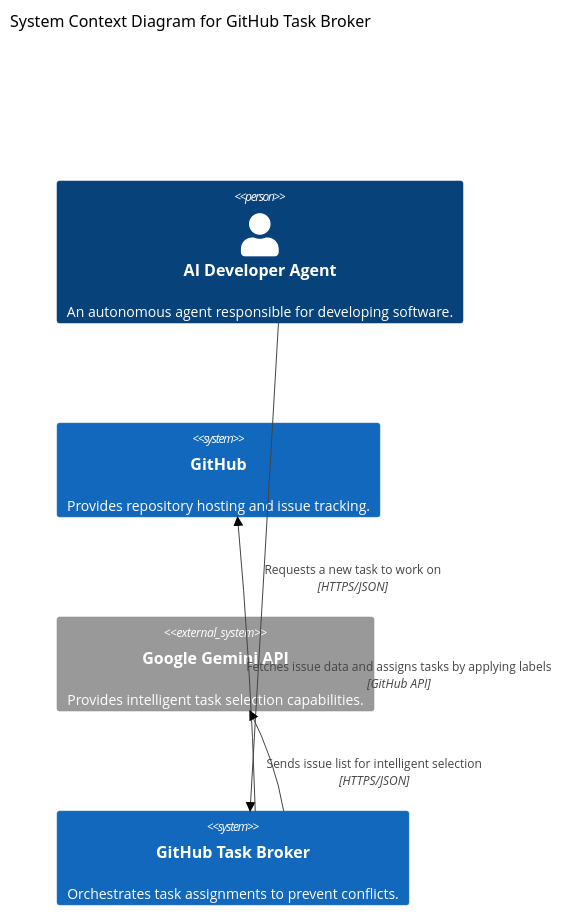
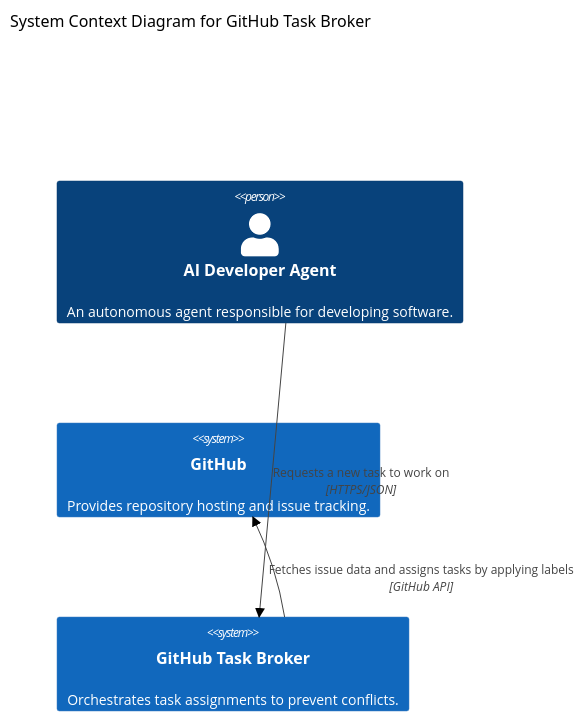
One commit to masa-codehub/github_broker changed the first of 2 diagrams in docs/architecture/index.md. Above: the diagram before and after it, drawn with Mermaid (forest theme). The commit also changed other lines of this file and 1 other file, not shown here.

Commit message:
docs: Remove Gemini references based on review comments

````diff
--- a/docs/architecture/index.md
+++ b/docs/architecture/index.md
@@ -33,15 +33,12 @@
 ```mermaid
 C4Context
   title System Context Diagram for GitHub Task Broker
 
   Person(Developer, "AI Developer Agent", "An autonomous agent responsible for developing software.")
   System(GitHub, "GitHub", "Provides repository hosting and issue tracking.")
 
-  System_Ext(Gemini, "Google Gemini API", "Provides intelligent task selection capabilities.")
-
   System(Broker, "GitHub Task Broker", "Orchestrates task assignments to prevent conflicts.")
 
   Rel(Developer, Broker, "Requests a new task to work on", "HTTPS/JSON")
   Rel(Broker, GitHub, "Fetches issue data and assigns tasks by applying labels", "GitHub API")
-  Rel(Broker, Gemini, "Sends issue list for intelligent selection", "HTTPS/JSON")
 ```
````
